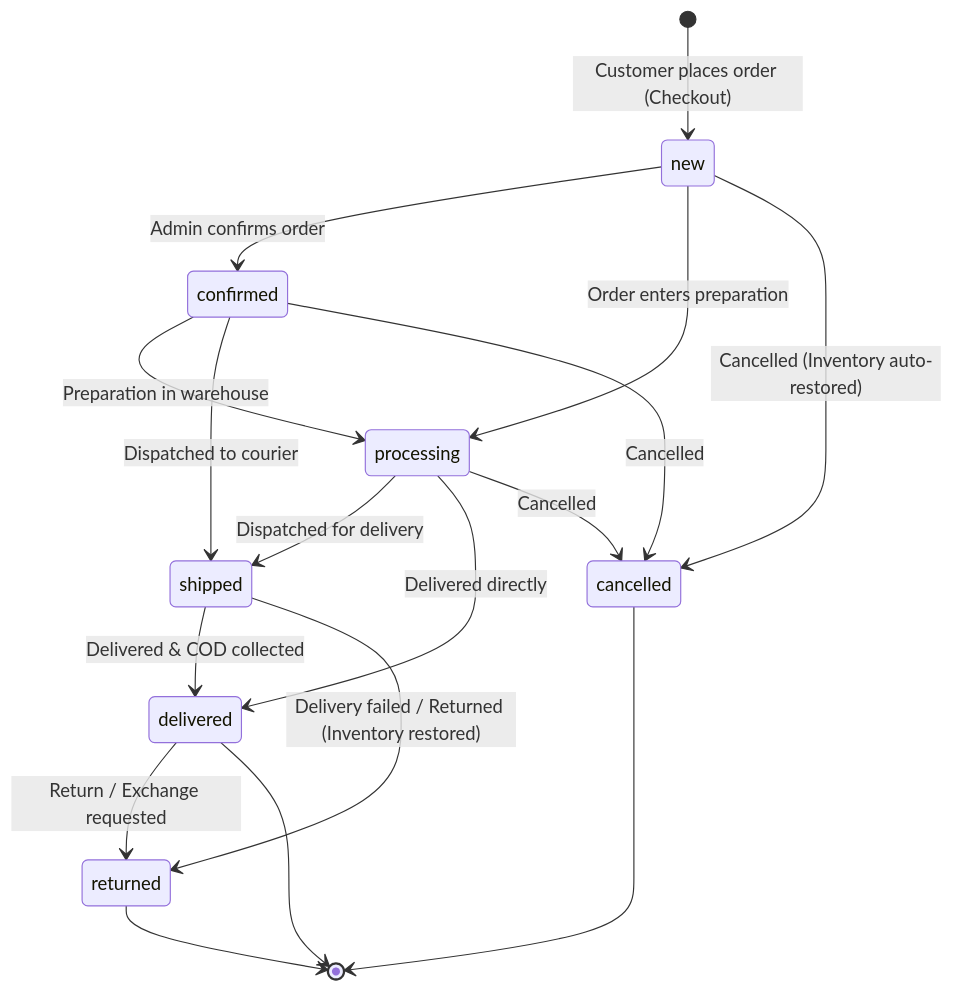
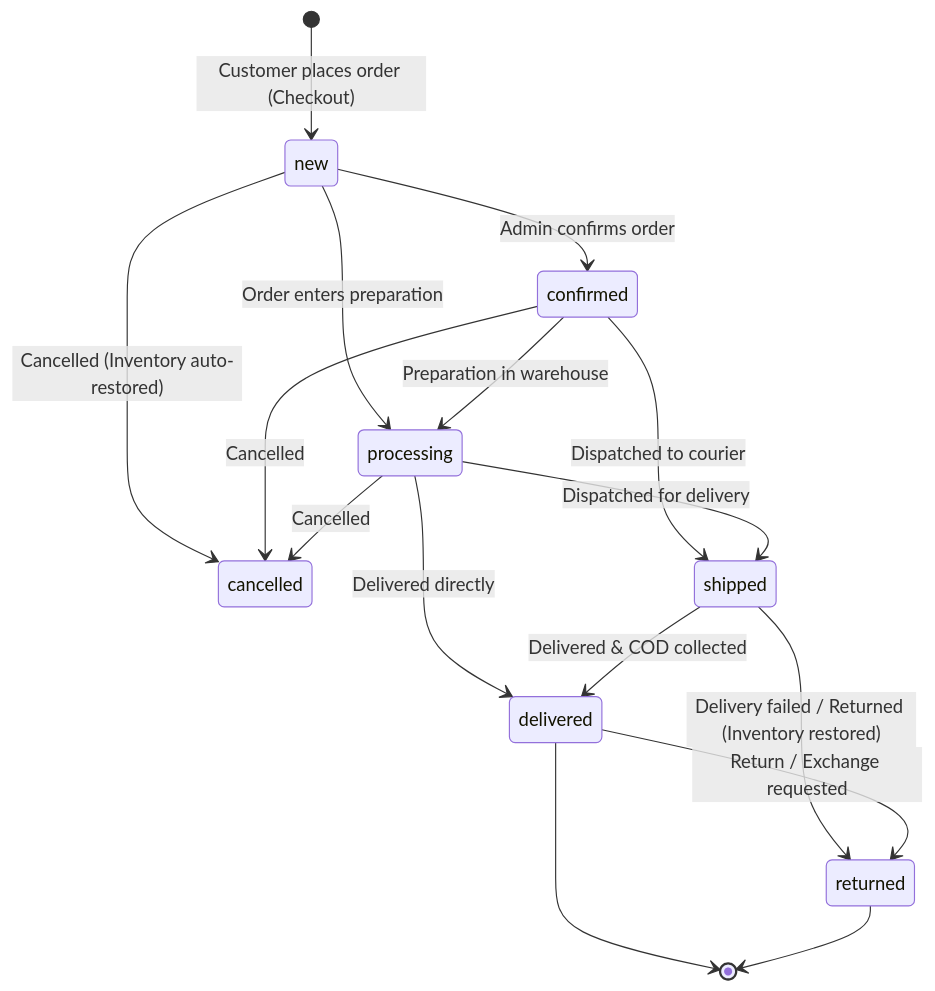
Before and after one commit to galilio2023/giza-86: the second of 3 diagrams in README.md, drawn with Mermaid. The commit also changed other lines of this file and 20 other files, not shown here.

````diff
--- a/README.md
+++ b/README.md
@@ -98,23 +100,22 @@
 ```mermaid
 stateDiagram-v2
     [*] --> new : Customer places order (Checkout)
     new --> confirmed : Admin confirms order
     new --> processing : Order enters preparation
     new --> cancelled : Cancelled (Inventory auto-restored)
     
     confirmed --> processing : Preparation in warehouse
     confirmed --> shipped : Dispatched to courier
     confirmed --> cancelled : Cancelled
     
     processing --> shipped : Dispatched for delivery
     processing --> delivered : Delivered directly
     processing --> cancelled : Cancelled
     
     shipped --> delivered : Delivered & COD collected
     shipped --> returned : Delivery failed / Returned (Inventory restored)
     
     delivered --> returned : Return / Exchange requested
     delivered --> [*]
     returned --> [*]
-    cancelled --> [*]
 ```
````
